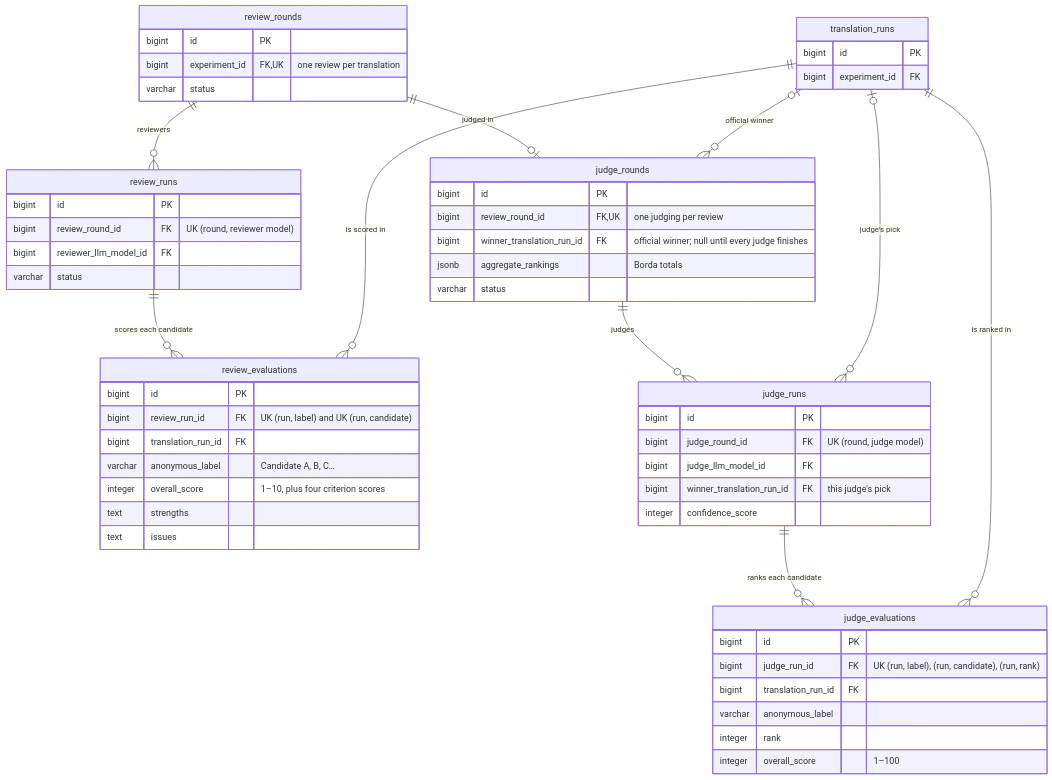
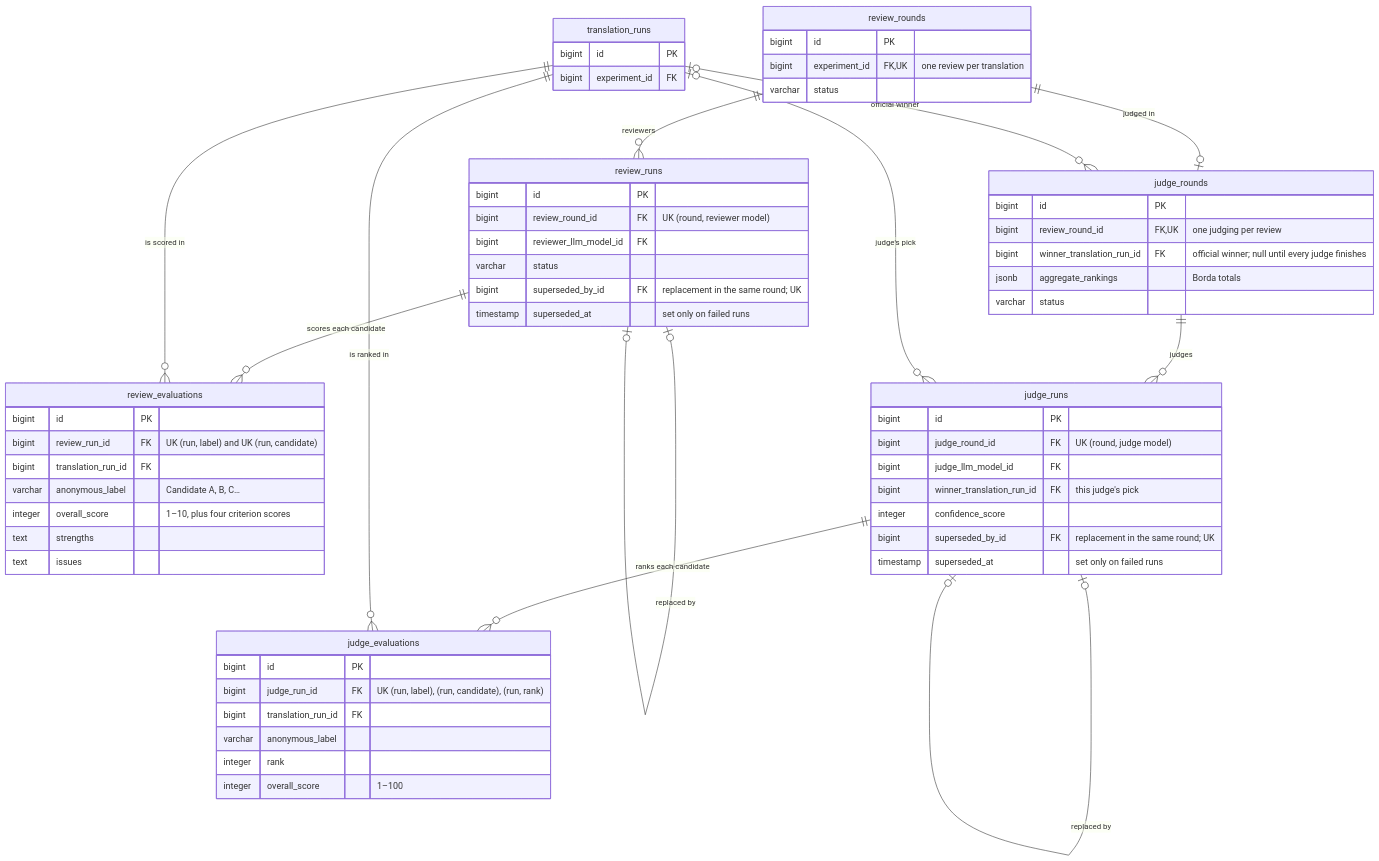
Before and after one commit to XKeviNguyen/three_heavens: the fourth of 11 diagrams in docs/architecture/database.md, drawn with Mermaid. The commit also changed other lines of this file and 151 other files, not shown here.

````diff
--- a/docs/architecture/database.md
+++ b/docs/architecture/database.md
@@ -152,58 +180,64 @@
 ```mermaid
 erDiagram
   translation_runs {
     bigint id PK
     bigint experiment_id FK
   }
   review_rounds {
     bigint id PK
     bigint experiment_id FK, UK "one review per translation"
     varchar status
   }
   review_runs {
     bigint id PK
     bigint review_round_id FK "UK (round, reviewer model)"
     bigint reviewer_llm_model_id FK
     varchar status
+    bigint superseded_by_id FK "replacement in the same round; UK"
+    timestamp superseded_at "set only on failed runs"
   }
   review_evaluations {
     bigint id PK
     bigint review_run_id FK "UK (run, label) and UK (run, candidate)"
     bigint translation_run_id FK
     varchar anonymous_label "Candidate A, B, C…"
     integer overall_score "1–10, plus four criterion scores"
     text strengths
     text issues
   }
   judge_rounds {
     bigint id PK
     bigint review_round_id FK, UK "one judging per review"
     bigint winner_translation_run_id FK "official winner; null until every judge finishes"
     jsonb aggregate_rankings "Borda totals"
     varchar status
   }
   judge_runs {
     bigint id PK
     bigint judge_round_id FK "UK (round, judge model)"
     bigint judge_llm_model_id FK
     bigint winner_translation_run_id FK "this judge's pick"
     integer confidence_score
+    bigint superseded_by_id FK "replacement in the same round; UK"
+    timestamp superseded_at "set only on failed runs"
   }
   judge_evaluations {
     bigint id PK
     bigint judge_run_id FK "UK (run, label), (run, candidate), (run, rank)"
     bigint translation_run_id FK
     varchar anonymous_label
     integer rank
     integer overall_score "1–100"
   }
   review_rounds ||--o{ review_runs : reviewers
+  review_runs |o--o| review_runs : "replaced by"
   review_runs ||--o{ review_evaluations : "scores each candidate"
   translation_runs ||--o{ review_evaluations : "is scored in"
   review_rounds ||--o| judge_rounds : "judged in"
   judge_rounds ||--o{ judge_runs : judges
+  judge_runs |o--o| judge_runs : "replaced by"
   judge_runs ||--o{ judge_evaluations : "ranks each candidate"
   translation_runs ||--o{ judge_evaluations : "is ranked in"
   translation_runs |o--o{ judge_rounds : "official winner"
   translation_runs |o--o{ judge_runs : "judge's pick"
 ```
````
